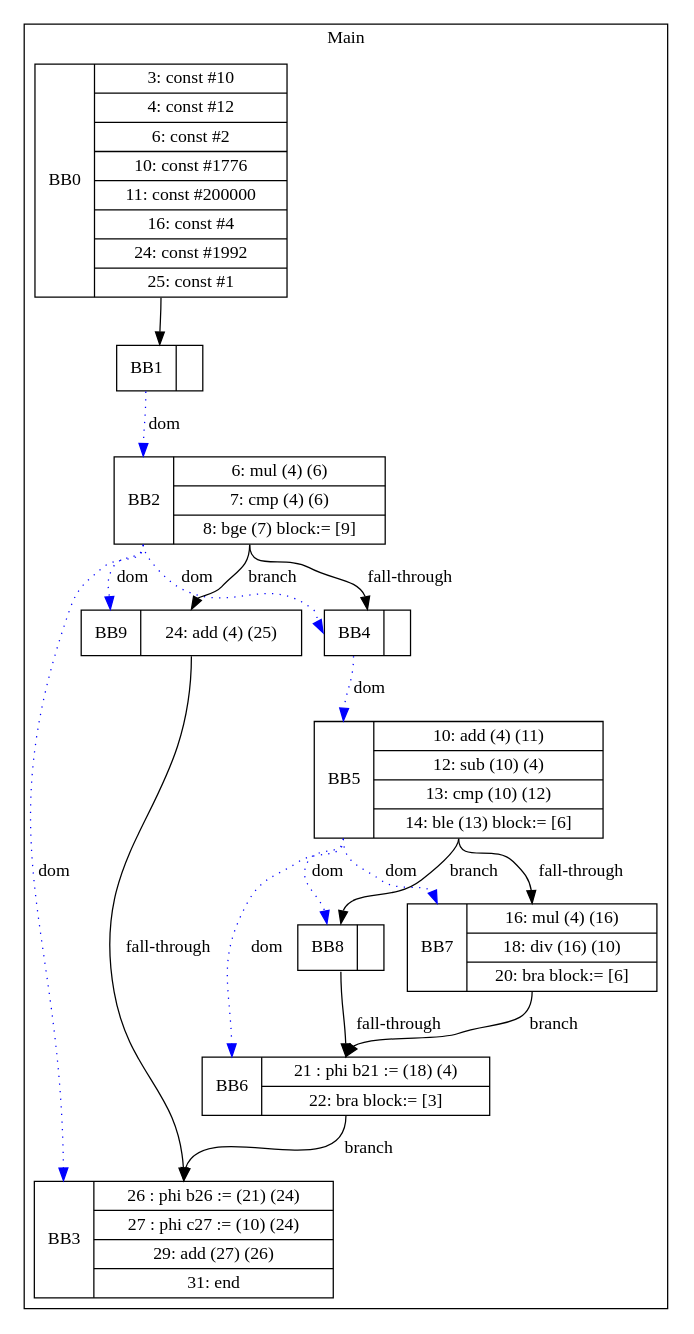
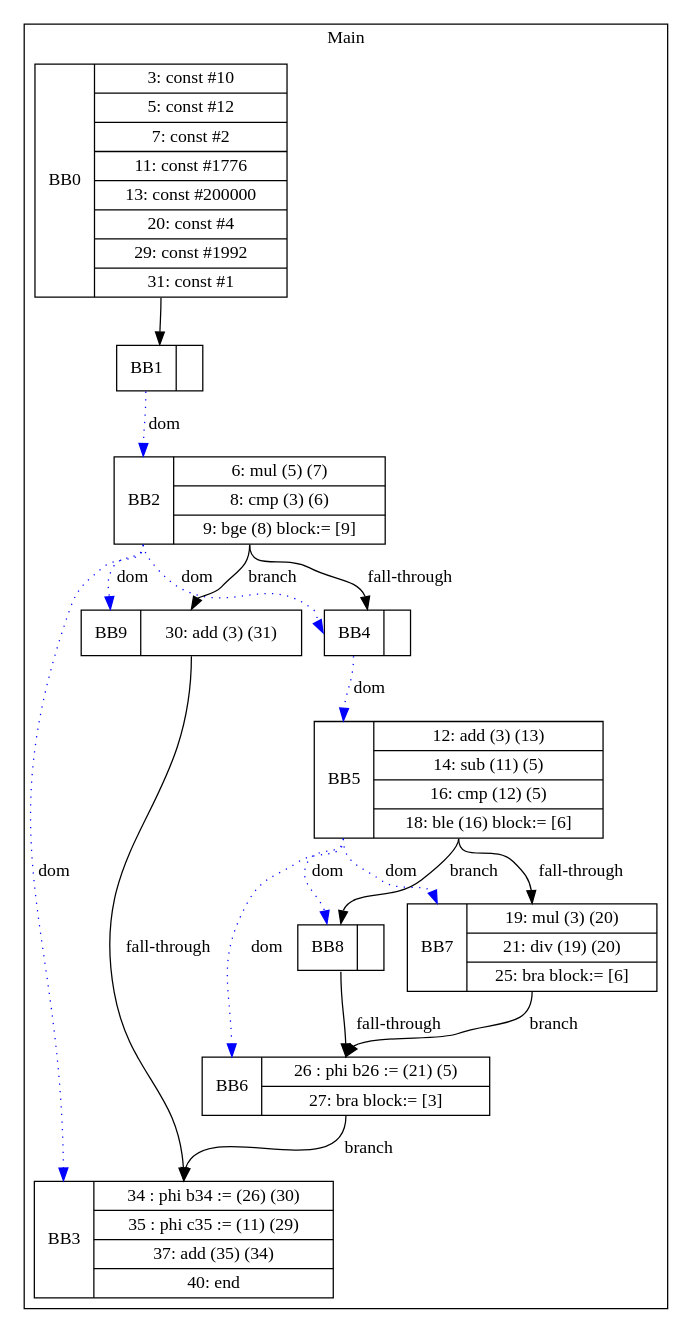
One commit to zjc664656505/UCI-CS241-Advanced-Compiler-main changed the diagram in visualization/jmcgowa/Nested_Ifs.gv. Above: the diagram before and after it, drawn with Graphviz. The commit also changed 40 other files, not shown here.

```diff
--- a/visualization/jmcgowa/Nested_Ifs.gv
+++ b/visualization/jmcgowa/Nested_Ifs.gv
@@ -1,33 +1,33 @@
 digraph G {
 node [shape=record];
 subgraph cluster_main{
 label = "Main";
-BB0 [shape=record, label="<b>BB0|{3: const #10|4: const #12|6: const #2|10: const #1776|11: const #200000|16: const #4|24: const #1992|25: const #1}"];
+BB0 [shape=record, label="<b>BB0|{3: const #10|5: const #12|7: const #2|11: const #1776|13: const #200000|20: const #4|29: const #1992|31: const #1}"];
 BB1 [shape=record, label="<b>BB1|}"];
-BB2 [shape=record, label="<b>BB2|{6: mul (4) (6)|7: cmp (4) (6)|8: bge (7) block:= [9]}"];
-BB3 [shape=record, label="<b>BB3|{26 : phi b26 := (21) (24)|27 : phi c27 := (10) (24)|29: add (27) (26)|31: end}"];
+BB2 [shape=record, label="<b>BB2|{6: mul (5) (7)|8: cmp (3) (6)|9: bge (8) block:= [9]}"];
+BB3 [shape=record, label="<b>BB3|{34 : phi b34 := (26) (30)|35 : phi c35 := (11) (29)|37: add (35) (34)|40: end}"];
 BB4 [shape=record, label="<b>BB4|}"];
-BB5 [shape=record, label="<b>BB5|{10: add (4) (11)|12: sub (10) (4)|13: cmp (10) (12)|14: ble (13) block:= [6]}"];
-BB6 [shape=record, label="<b>BB6|{21 : phi b21 := (18) (4)|22: bra block:= [3]}"];
-BB7 [shape=record, label="<b>BB7|{16: mul (4) (16)|18: div (16) (10)|20: bra block:= [6]}"];
+BB5 [shape=record, label="<b>BB5|{12: add (3) (13)|14: sub (11) (5)|16: cmp (12) (5)|18: ble (16) block:= [6]}"];
+BB6 [shape=record, label="<b>BB6|{26 : phi b26 := (21) (5)|27: bra block:= [3]}"];
+BB7 [shape=record, label="<b>BB7|{19: mul (3) (20)|21: div (19) (20)|25: bra block:= [6]}"];
 BB8 [shape=record, label="<b>BB8|}"];
-BB9 [shape=record, label="<b>BB9|{24: add (4) (25)}"];
+BB9 [shape=record, label="<b>BB9|{30: add (3) (31)}"];
 }
 BB0:s -> BB1:n ;
 BB2:b -> BB4:b [color=blue, style=dotted, label="dom"];
 BB1:b -> BB2:b [color=blue, style=dotted, label="dom"];
 BB5:b -> BB8:b [color=blue, style=dotted, label="dom"];
 BB5:b -> BB7:b [color=blue, style=dotted, label="dom"];
 BB2:b -> BB3:b [color=blue, style=dotted, label="dom"];
 BB2:b -> BB9:b [color=blue, style=dotted, label="dom"];
 BB4:b -> BB5:b [color=blue, style=dotted, label="dom"];
 BB5:b -> BB6:b [color=blue, style=dotted, label="dom"];
 BB2:s -> BB9:n [label="branch"];
 BB6:s -> BB3:n [label="branch"];
 BB7:s -> BB6:n [label="branch"];
 BB5:s -> BB8:n [label="branch"];
 BB2:s -> BB4:n [label="fall-through"];
 BB5:s -> BB7:n [label="fall-through"];
 BB9:s -> BB3:n [label="fall-through"];
 BB8:s -> BB6:n [label="fall-through"];
 }
```
